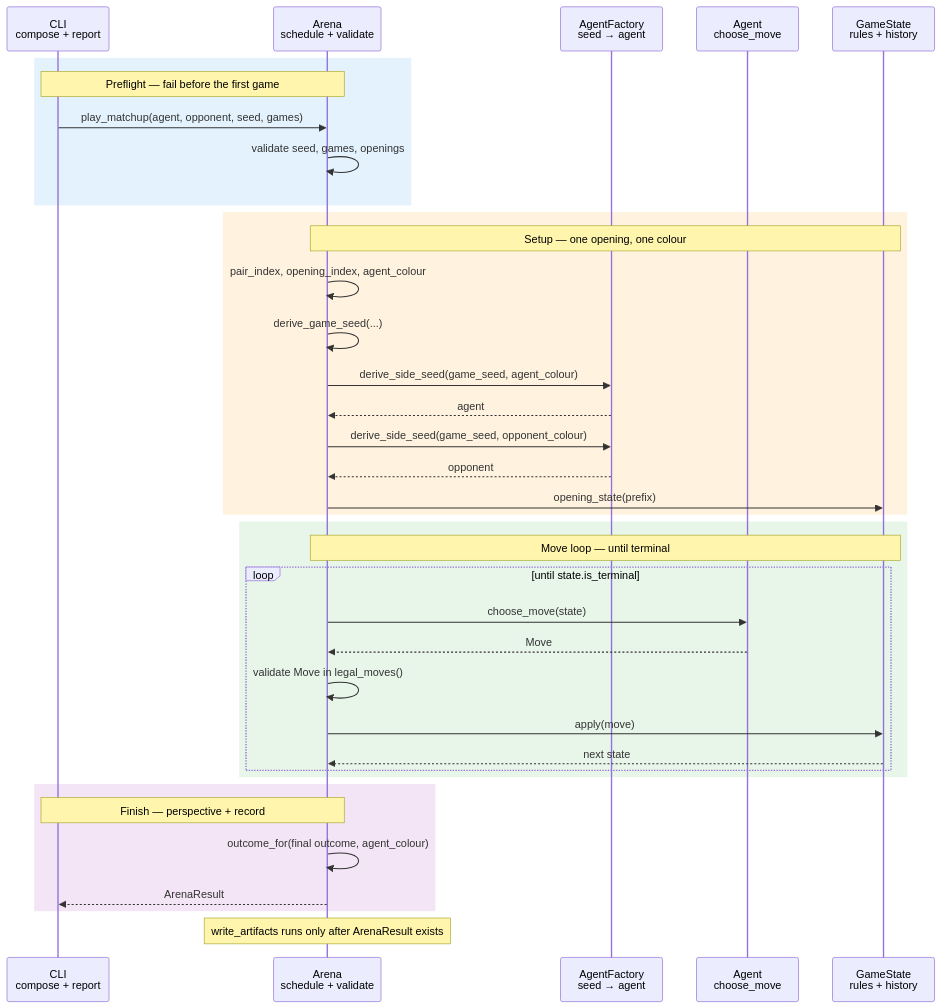
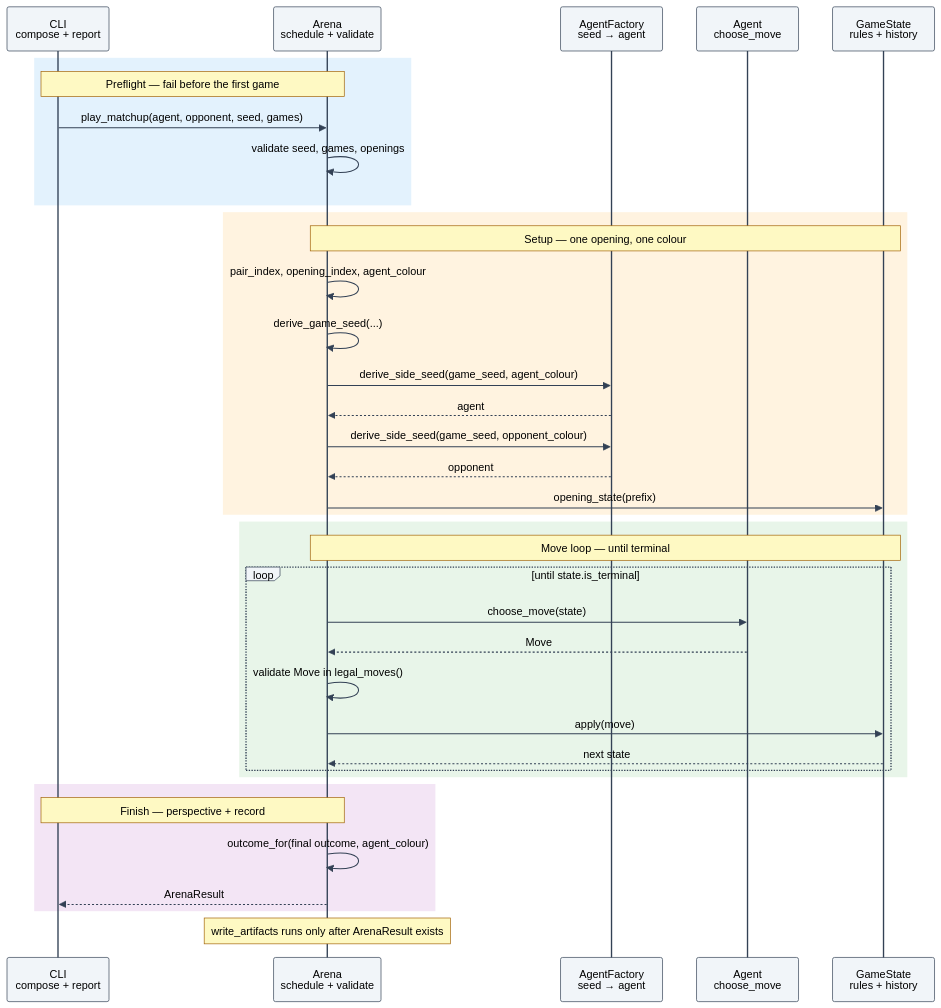
Before and after one commit to till75/RLCheckers: the fourth of 5 diagrams in docs/specs/0004-evaluation-arena.md, drawn with Mermaid. The commit also changed other lines of this file and 4 other files, not shown here.

First line of the commit message:
docs: force black Mermaid labels across figures

````diff
--- a/docs/specs/0004-evaluation-arena.md
+++ b/docs/specs/0004-evaluation-arena.md
@@ -476,44 +487,45 @@
 ```mermaid
+%%{init: {"theme": "base", "themeVariables": {"darkMode": false, "primaryTextColor": "#000000", "secondaryTextColor": "#000000", "tertiaryTextColor": "#000000", "textColor": "#000000", "lineColor": "#334155", "actorBkg": "#f1f5f9", "actorBorder": "#334155", "actorTextColor": "#000000", "noteBkgColor": "#fef9c3", "noteTextColor": "#000000", "noteBorderColor": "#a16207", "signalColor": "#334155", "signalTextColor": "#000000"}}}%%
 sequenceDiagram
   participant CLI as CLI<br/>compose + report
   participant Arena as Arena<br/>schedule + validate
   participant Factory as AgentFactory<br/>seed → agent
   participant Agent as Agent<br/>choose_move
   participant State as GameState<br/>rules + history
 
   rect rgb(227, 242, 253)
     Note over CLI,Arena: Preflight — fail before the first game
     CLI->>Arena: play_matchup(agent, opponent, seed, games)
     Arena->>Arena: validate seed, games, openings
   end
 
   rect rgb(255, 243, 224)
     Note over Arena,State: Setup — one opening, one colour
     Arena->>Arena: pair_index, opening_index, agent_colour
     Arena->>Arena: derive_game_seed(...)
     Arena->>Factory: derive_side_seed(game_seed, agent_colour)
     Factory-->>Arena: agent
     Arena->>Factory: derive_side_seed(game_seed, opponent_colour)
     Factory-->>Arena: opponent
     Arena->>State: opening_state(prefix)
   end
 
   rect rgb(232, 245, 233)
     Note over Arena,State: Move loop — until terminal
     loop until state.is_terminal
       Arena->>Agent: choose_move(state)
       Agent-->>Arena: Move
       Arena->>Arena: validate Move in legal_moves()
       Arena->>State: apply(move)
       State-->>Arena: next state
     end
   end
 
   rect rgb(243, 229, 245)
     Note over Arena,CLI: Finish — perspective + record
     Arena->>Arena: outcome_for(final outcome, agent_colour)
     Arena-->>CLI: ArenaResult
   end
 
   Note over Arena: write_artifacts runs only after ArenaResult exists
 ```
````
